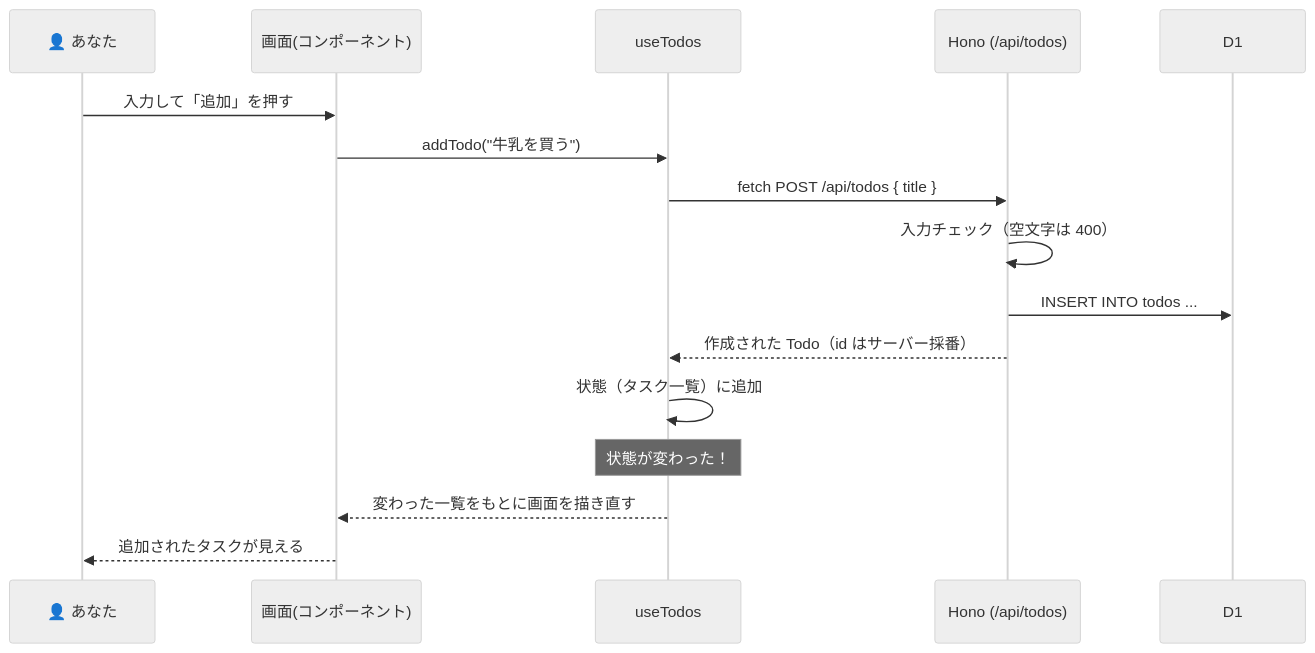
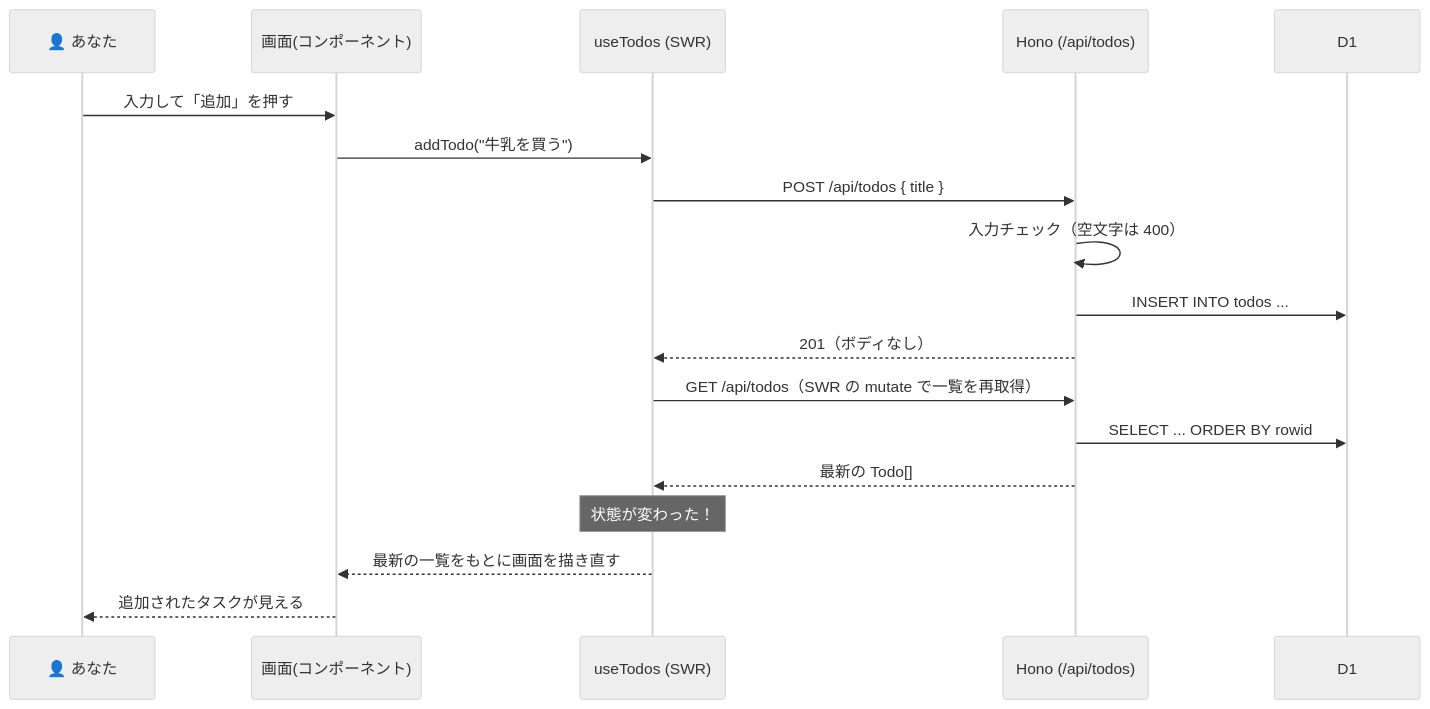
The second of 2 diagrams in docs/06-backend-architecture.md (skomine-gb/todo-app), drawn with Mermaid (neutral theme) before and after one commit. The commit also changed other lines of this file and 3 other files, not shown here.

````diff
--- a/docs/06-backend-architecture.md
+++ b/docs/06-backend-architecture.md
@@ -65,19 +67,21 @@
 ```mermaid
 sequenceDiagram
     participant U as 👤 あなた
     participant V as 画面(コンポーネント)
-    participant H as useTodos
+    participant H as useTodos (SWR)
     participant A as Hono (/api/todos)
     participant D as D1
 
     U->>V: 入力して「追加」を押す
     V->>H: addTodo("牛乳を買う")
-    H->>A: fetch POST /api/todos { title }
+    H->>A: POST /api/todos { title }
     A->>A: 入力チェック（空文字は 400）
     A->>D: INSERT INTO todos ...
-    A-->>H: 作成された Todo（id はサーバー採番）
-    H->>H: 状態（タスク一覧）に追加
+    A-->>H: 201（ボディなし）
+    H->>A: GET /api/todos（SWR の mutate で一覧を再取得）
+    A->>D: SELECT ... ORDER BY rowid
+    A-->>H: 最新の Todo[]
     Note over H: 状態が変わった！
-    H-->>V: 変わった一覧をもとに画面を描き直す
+    H-->>V: 最新の一覧をもとに画面を描き直す
     V-->>U: 追加されたタスクが見える
 ```
````
